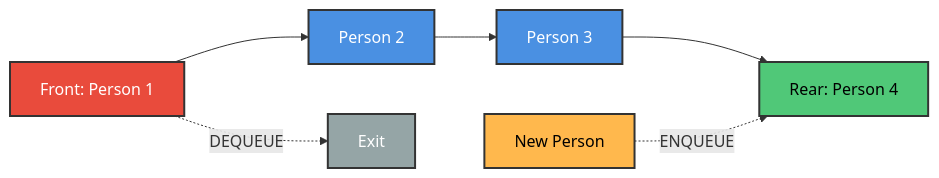
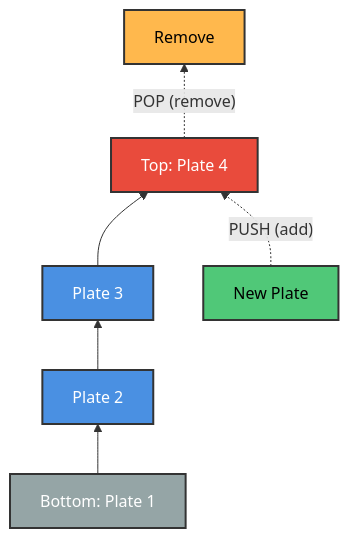
Diagram 15 of 29 in Chapter 1 - Introduction and Overview/README.md (M-F-Tushar/CSE-2101-Data-Structure), drawn with Mermaid before and after one commit. The commit also changed other lines of this file, not shown here.

````diff
--- a/Chapter 1 - Introduction and Overview/README.md
+++ b/Chapter 1 - Introduction and Overview/README.md
@@ -649,16 +501,16 @@
 ```mermaid
-graph LR
-    FRONT["Front: Person 1"] --> P2["Person 2"]
-    P2 --> P3["Person 3"]
-    P3 --> REAR["Rear: Person 4"]
+graph BT
+    A["Bottom: Plate 1"] --> B["Plate 2"]
+    B --> C["Plate 3"]
+    C --> D["Top: Plate 4"]
     
-    FRONT -.->|DEQUEUE| EXIT["Exit"]
-    NEW["New Person"] -.->|ENQUEUE| REAR
+    E["New Plate"] -.->|"PUSH (add)"| D
+    D -.->|"POP (remove)"| F["Remove"]
     
-    style FRONT fill:#E94B3C,stroke:#333,stroke-width:2px,color:#fff
-    style P2 fill:#4A90E2,stroke:#333,stroke-width:2px,color:#fff
-    style P3 fill:#4A90E2,stroke:#333,stroke-width:2px,color:#fff
-    style REAR fill:#50C878,stroke:#333,stroke-width:2px,color:#000
-    style NEW fill:#FFB84D,stroke:#333,stroke-width:2px,color:#000
-    style EXIT fill:#95A5A6,stroke:#333,stroke-width:2px,color:#fff
+    style A fill:#95A5A6,stroke:#333,stroke-width:2px,color:#fff
+    style B fill:#4A90E2,stroke:#333,stroke-width:2px,color:#fff
+    style C fill:#4A90E2,stroke:#333,stroke-width:2px,color:#fff
+    style D fill:#E94B3C,stroke:#333,stroke-width:2px,color:#fff
+    style E fill:#50C878,stroke:#333,stroke-width:2px,color:#000
+    style F fill:#FFB84D,stroke:#333,stroke-width:2px,color:#000
 ```
````
